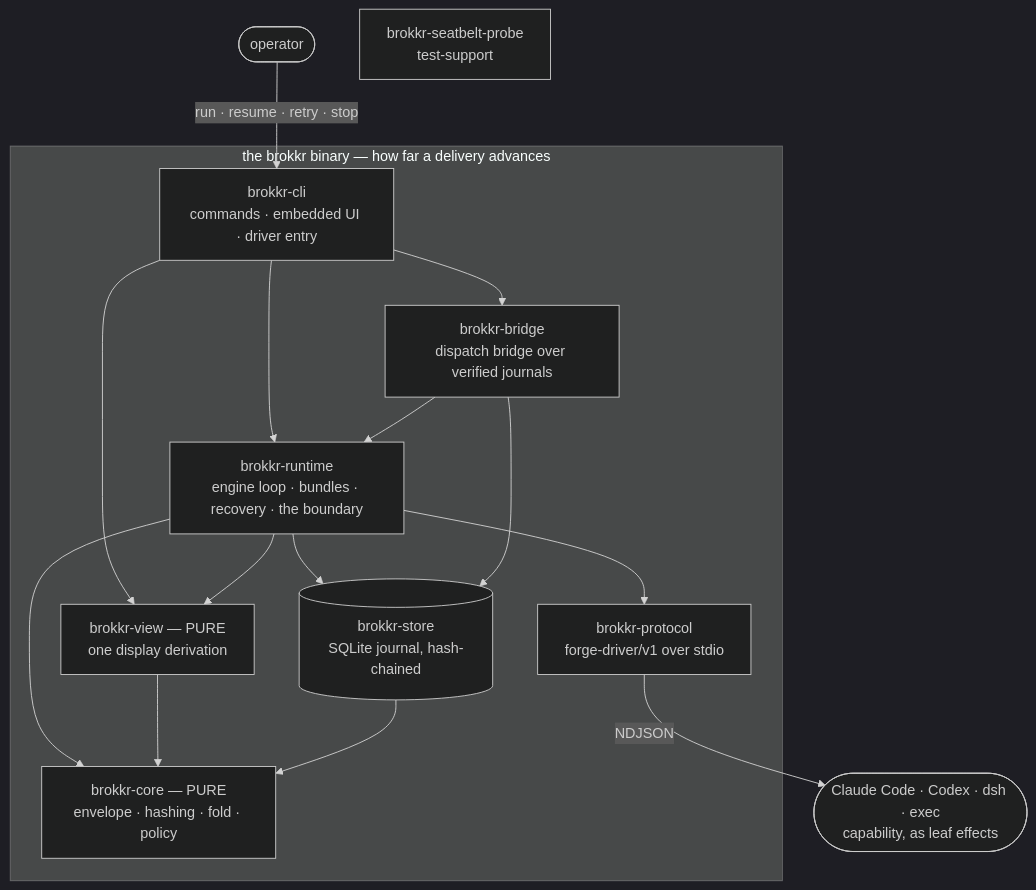
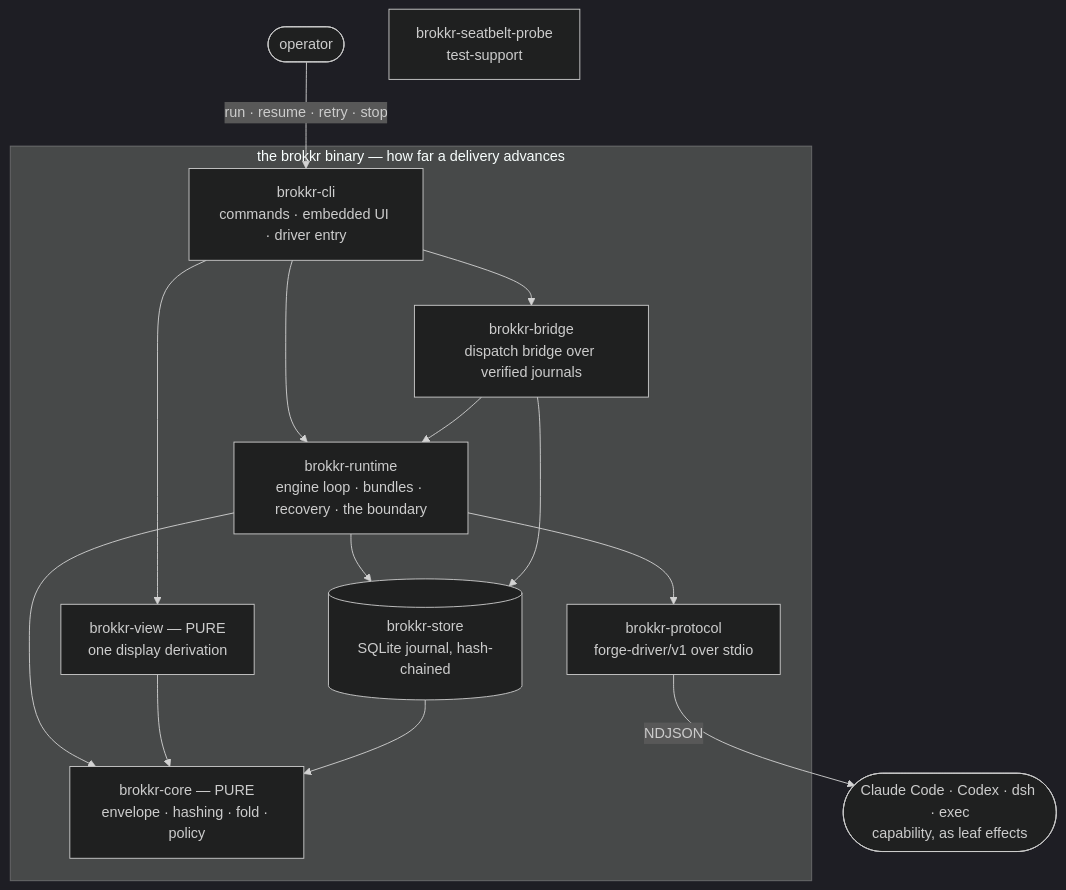
One commit to feedback-loop-ai/brokkr changed the first of 8 diagrams in ARCHITECTURE.md. Above: the diagram before and after it, drawn with Mermaid (dark theme). The commit also changed 33 other files, not shown here.

````diff
--- a/ARCHITECTURE.md
+++ b/ARCHITECTURE.md
@@ -16,20 +16,20 @@
 ```mermaid
 flowchart TB
   operator([operator]) -- "run · resume · retry · stop" --> cli
   subgraph binary["the brokkr binary — how far a delivery advances"]
     cli["brokkr-cli<br/>commands · embedded UI · driver entry"]
     runtime["brokkr-runtime<br/>engine loop · bundles · recovery · the boundary"]
     core["brokkr-core — PURE<br/>envelope · hashing · fold · policy"]
     store[("brokkr-store<br/>SQLite journal, hash-chained")]
     protocol["brokkr-protocol<br/>forge-driver/v1 over stdio"]
     view["brokkr-view — PURE<br/>one display derivation"]
     bridge["brokkr-bridge<br/>dispatch bridge over verified journals"]
     cli --> runtime & view & bridge
-    runtime --> core & store & protocol & view
+    runtime --> core & store & protocol
     view --> core
     bridge --> store & runtime
     store --> core
   end
   protocol -- "NDJSON" --> harness([Claude Code · Codex · dsh · exec<br/>capability, as leaf effects])
   seatbelt-probe["brokkr-seatbelt-probe<br/>test-support"]
 ```
````
